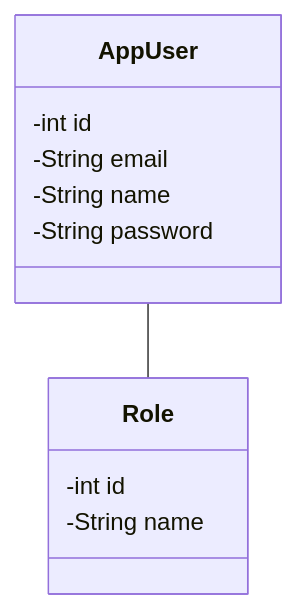
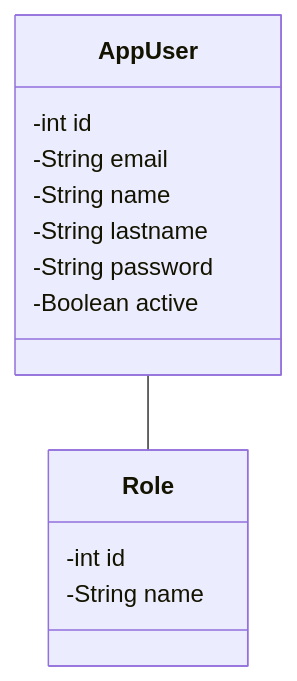
The second of 2 diagrams in README.md (IvanDec0/Microservices-Login), drawn with Mermaid before and after one commit. The commit also changed 39 other files, not shown here.

````diff
--- a/README.md
+++ b/README.md
@@ -12,15 +12,17 @@
 ```mermaid
 classDiagram
 			AppUser--Role
       class AppUser{
-		      -int id
+		  -int id
           -String email
           -String name
+          -String lastname
           -String password
+          -Boolean active
 
       }
       class Role{
           -int id
           -String name
       }
 ```
````
